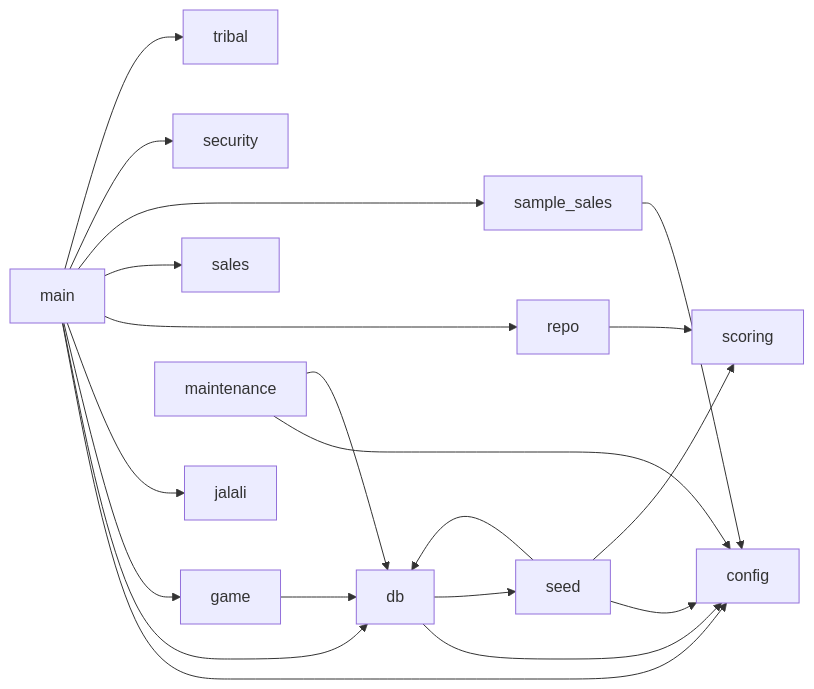
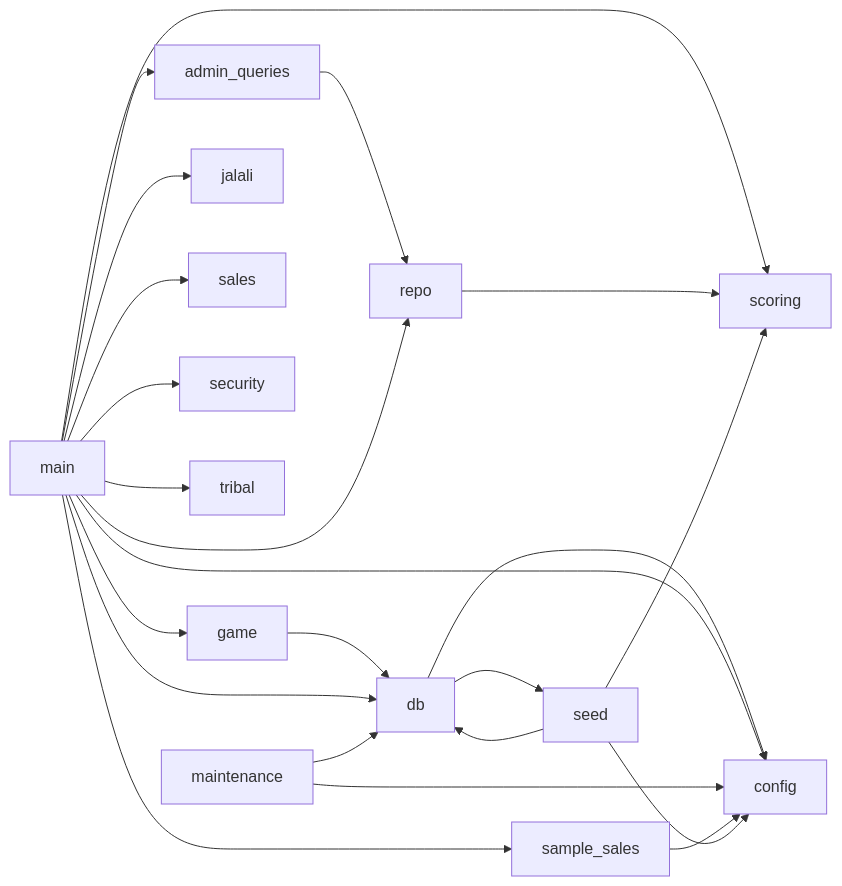
Before and after one commit to iciiex/comu-center: the diagram in docs/agent-guide/code-map.md, drawn with Mermaid. The commit also changed other lines of this file and 22 other files, not shown here.

````diff
--- a/docs/agent-guide/code-map.md
+++ b/docs/agent-guide/code-map.md
@@ -47,22 +48,25 @@
 ```mermaid
 graph LR
+    admin_queries --> repo
     db --> config
     db --> seed
     game --> db
+    main --> admin_queries
     main --> config
     main --> db
     main --> game
     main --> jalali
     main --> repo
     main --> sales
     main --> sample_sales
+    main --> scoring
     main --> security
     main --> tribal
     maintenance --> config
     maintenance --> db
     repo --> scoring
     sample_sales --> config
     seed --> config
     seed --> db
     seed --> scoring
 ```
````
